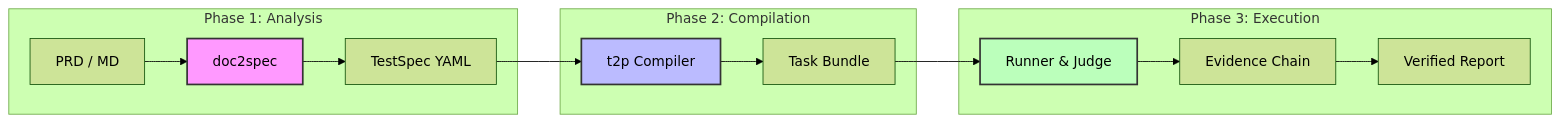
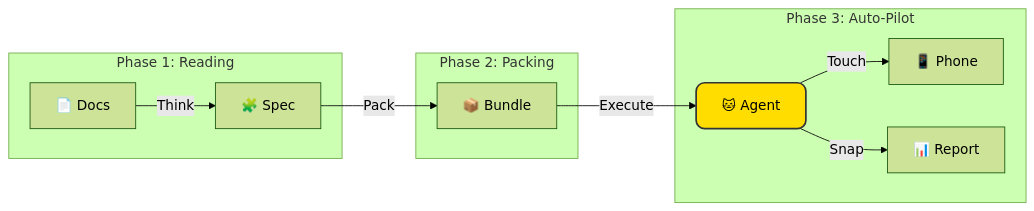
The diagram in README.en.md (Yell0wMe/TesterAgent), drawn with Mermaid (forest theme) before and after one commit. The commit also changed other lines of this file and 25 other files, not shown here.

````diff
--- a/README.en.md
+++ b/README.en.md
@@ -58,22 +67,18 @@
 ```mermaid
 graph LR
-    subgraph "Phase 1: Analysis"
-    Doc[PRD / MD] --> D2S[doc2spec]
-    D2S --> TS[TestSpec YAML]
+    subgraph "Phase 1: Reading"
+    Doc[📄 Docs] -->|Think| Build[🧩 Spec]
     end
 
-    subgraph "Phase 2: Compilation"
-    TS --> T2P[t2p Compiler]
-    T2P --> TB[Task Bundle]
+    subgraph "Phase 2: Packing"
+    Build -->|Pack| Bundle[📦 Bundle]
     end
 
-    subgraph "Phase 3: Execution"
-    TB --> Runner[Runner & Judge]
-    Runner --> Evidence[Evidence Chain]
-    Evidence --> Verdict[Verified Report]
+    subgraph "Phase 3: Auto-Pilot"
+    Bundle -->|Execute| Cat[🐱 Agent]
+    Cat -->|Touch| Phone[📱 Phone]
+    Cat -->|Snap| Report[📊 Report]
     end
 
-    style D2S fill:#f9f,stroke:#333,stroke-width:2px
-    style T2P fill:#bbf,stroke:#333,stroke-width:2px
-    style Runner fill:#bfb,stroke:#333,stroke-width:2px
+    style Cat fill:#ffdd00,stroke:#333,stroke-width:2px,rx:10,ry:10
 ```
````
